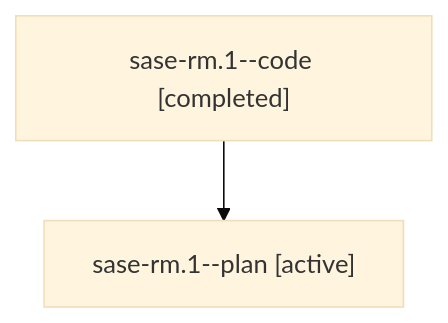
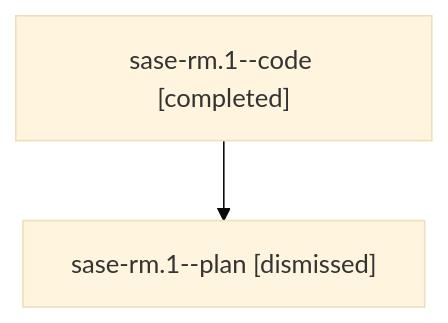
The diagram in sessions/bbugyi200.athena.sase-rm.1.md (sase-org/sase--agents), drawn with Mermaid (base theme) before and after one commit. The commit also changed other lines of this file and 172 other files, not shown here.

````diff
--- a/sessions/bbugyi200.athena.sase-rm.1.md
+++ b/sessions/bbugyi200.athena.sase-rm.1.md
@@ -9,6 +9,6 @@
 ```mermaid
 flowchart TD
   n0["sase-rm.1--code [completed]"]
-  n1["sase-rm.1--plan [active]"]
+  n1["sase-rm.1--plan [dismissed]"]
   n0 --> n1
 ```
````
